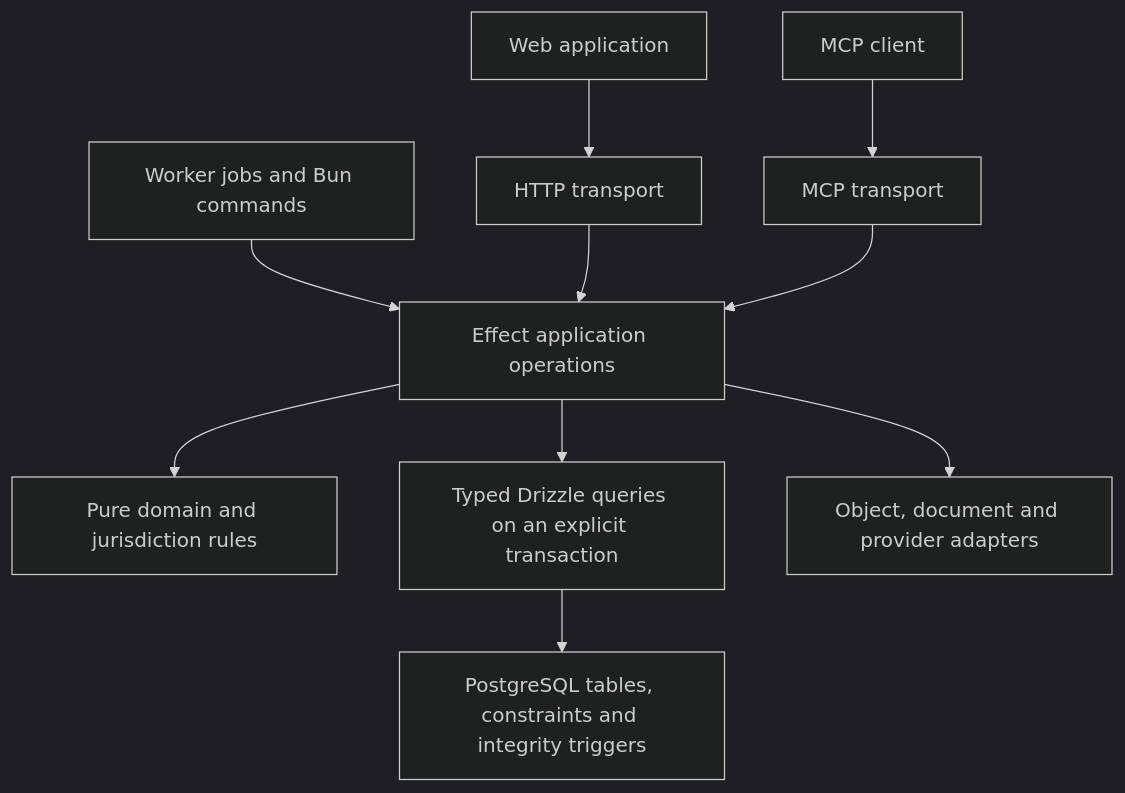
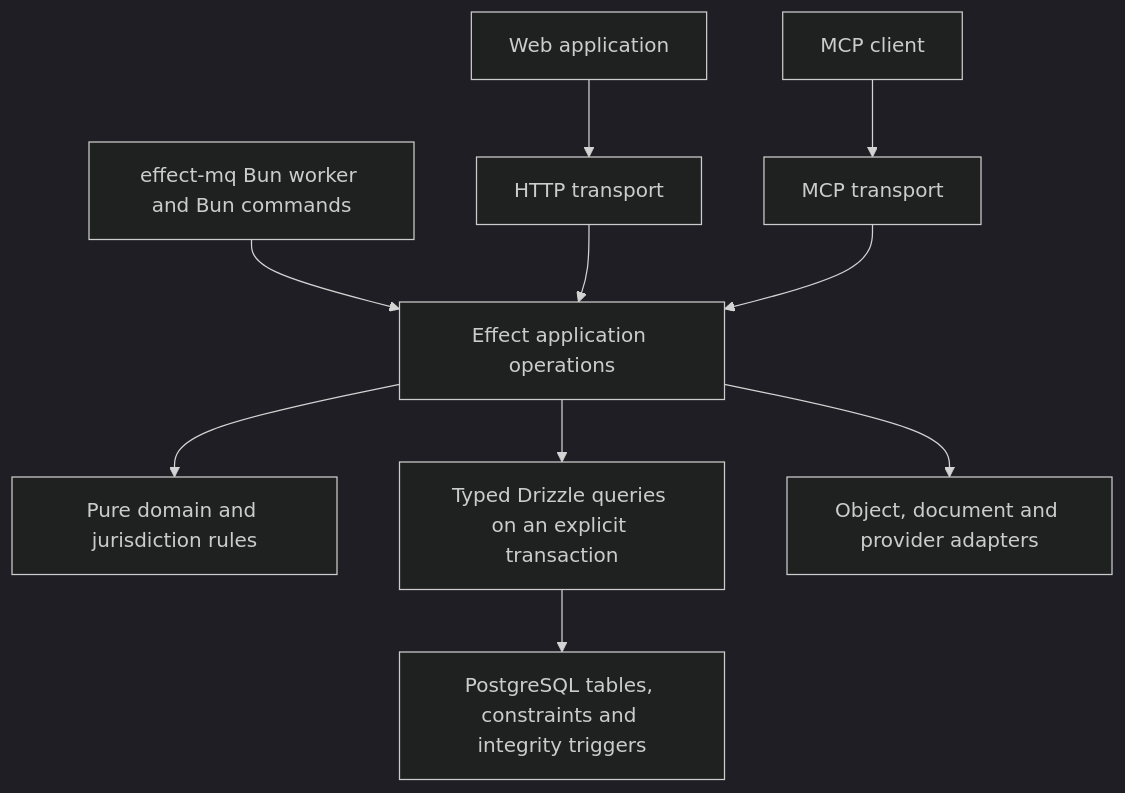
One commit to erik-kroon/openERP changed the diagram in docs/plans/application-owned-accounting.md. Above: the diagram before and after it, drawn with Mermaid (dark theme). The commit also changed other lines of this file and 54 other files, not shown here.

````diff
--- a/docs/plans/application-owned-accounting.md
+++ b/docs/plans/application-owned-accounting.md
@@ -36,12 +36,12 @@
 ```mermaid
 flowchart TD
   WEB[Web application] --> HTTP[HTTP transport]
   CLIENT[MCP client] --> MCP[MCP transport]
-  JOB[Worker jobs and Bun commands] --> APP
+  JOB[effect-mq Bun worker and Bun commands] --> APP
   HTTP --> APP[Effect application operations]
   MCP --> APP
   APP --> DOMAIN[Pure domain and jurisdiction rules]
   APP --> DB[Typed Drizzle queries on an explicit transaction]
   DB --> PG[PostgreSQL tables, constraints and integrity triggers]
   APP --> ADAPTER[Object, document and provider adapters]
 ```
````
